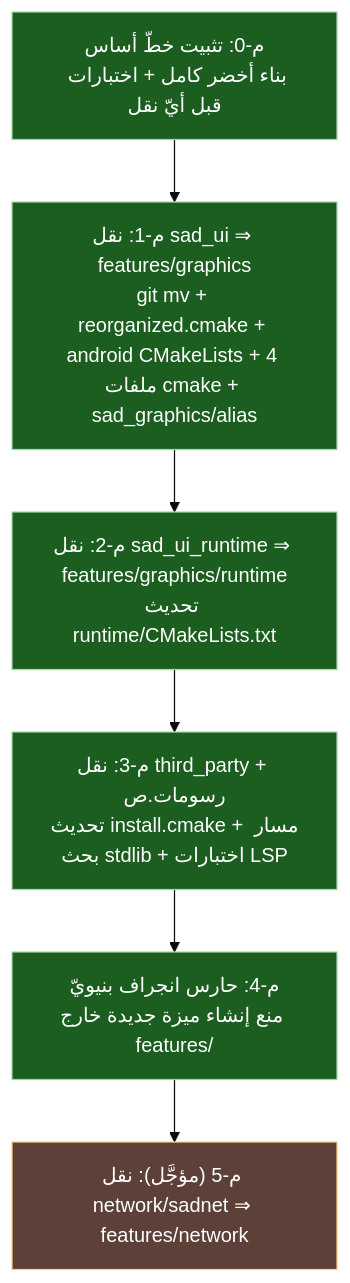
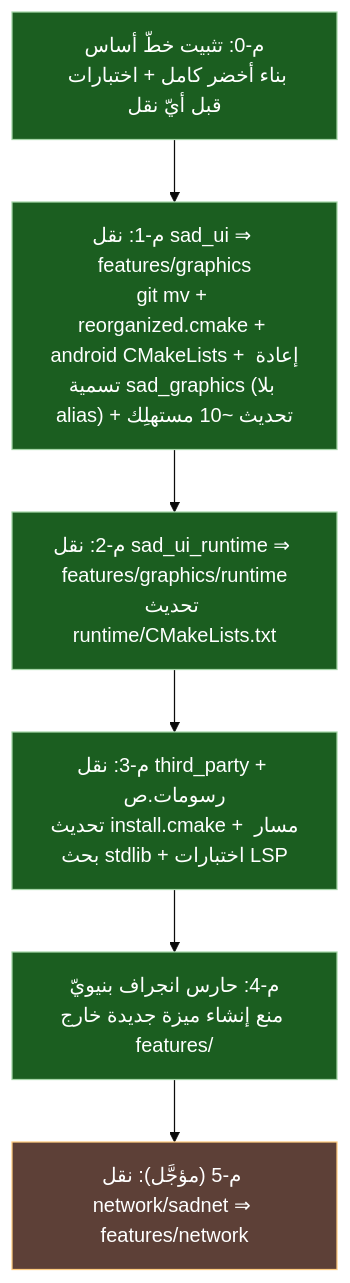
Before and after one commit to sadlang/sadlang-planning: the fourth of 4 diagrams in projects/graphics-sadui/plan/نقل-الرسومات-إلى-مجلد-الميزات.md, drawn with Mermaid (base theme). The commit also changed other lines of this file, not shown here.

First line of the commit message:
@ خطة النقل: إعادة تسمية sad_graphics نظيفة بلا alias (قرار المستخدم)

````diff
--- a/projects/graphics-sadui/plan/نقل-الرسومات-إلى-مجلد-الميزات.md
+++ b/projects/graphics-sadui/plan/نقل-الرسومات-إلى-مجلد-الميزات.md
@@ -143,13 +146,13 @@
 ```mermaid
 flowchart TD
     M0["م-0: تثبيت خطّ أساس\nبناء أخضر كامل + اختبارات قبل أيّ نقل"]:::m
-    M1["م-1: نقل sad_ui ⇒ features/graphics\ngit mv + reorganized.cmake + android CMakeLists + 4 ملفات cmake + sad_graphics/alias"]:::m
+    M1["م-1: نقل sad_ui ⇒ features/graphics\ngit mv + reorganized.cmake + android CMakeLists + إعادة تسمية sad_graphics (بلا alias) + تحديث ~10 مستهلِك"]:::m
     M2["م-2: نقل sad_ui_runtime ⇒ features/graphics/runtime\nتحديث runtime/CMakeLists.txt"]:::m
     M3["م-3: نقل third_party + رسومات.ص\nتحديث install.cmake + مسار بحث stdlib + اختبارات LSP"]:::m
     M4["م-4: حارس انجراف بنيويّ\nمنع إنشاء ميزة جديدة خارج features/"]:::m
     M5["م-5 (مؤجَّل): نقل network/sadnet ⇒ features/network"]:::opt
 
     M0 --> M1 --> M2 --> M3 --> M4 --> M5
     classDef m fill:#1b5e20,stroke:#a5d6a7,color:#fff;
     classDef opt fill:#5d4037,stroke:#ffcc80,color:#fff;
 ```
````
